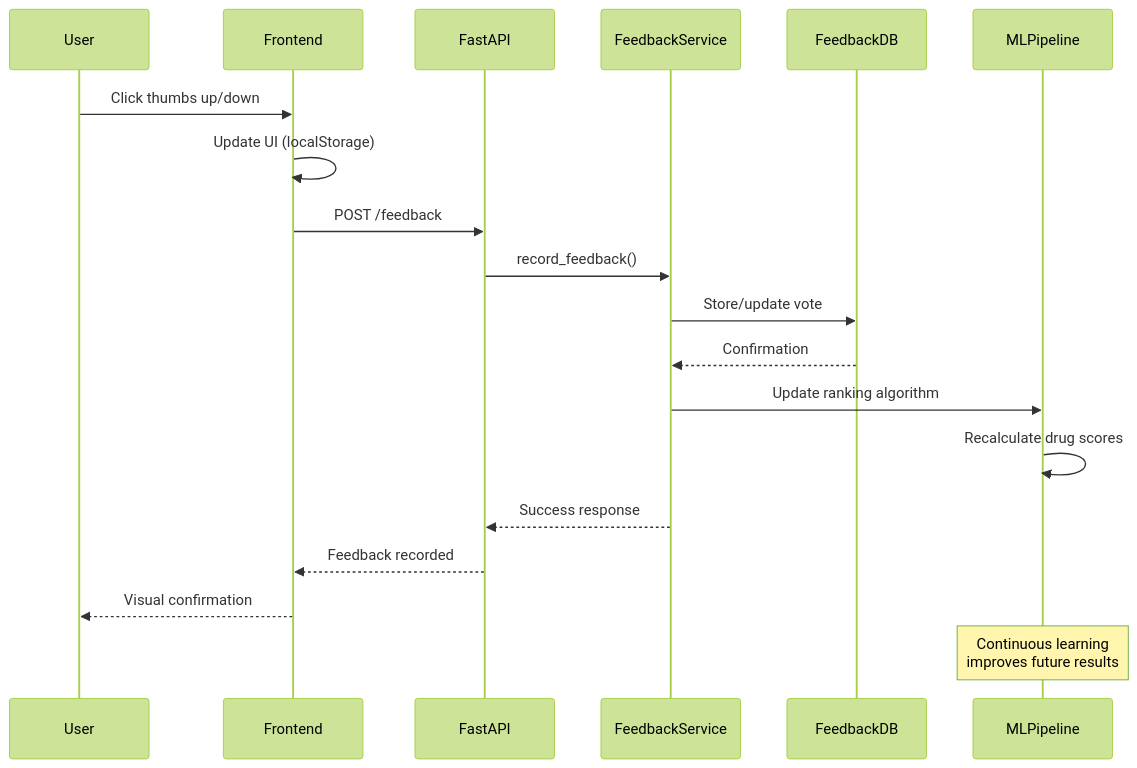
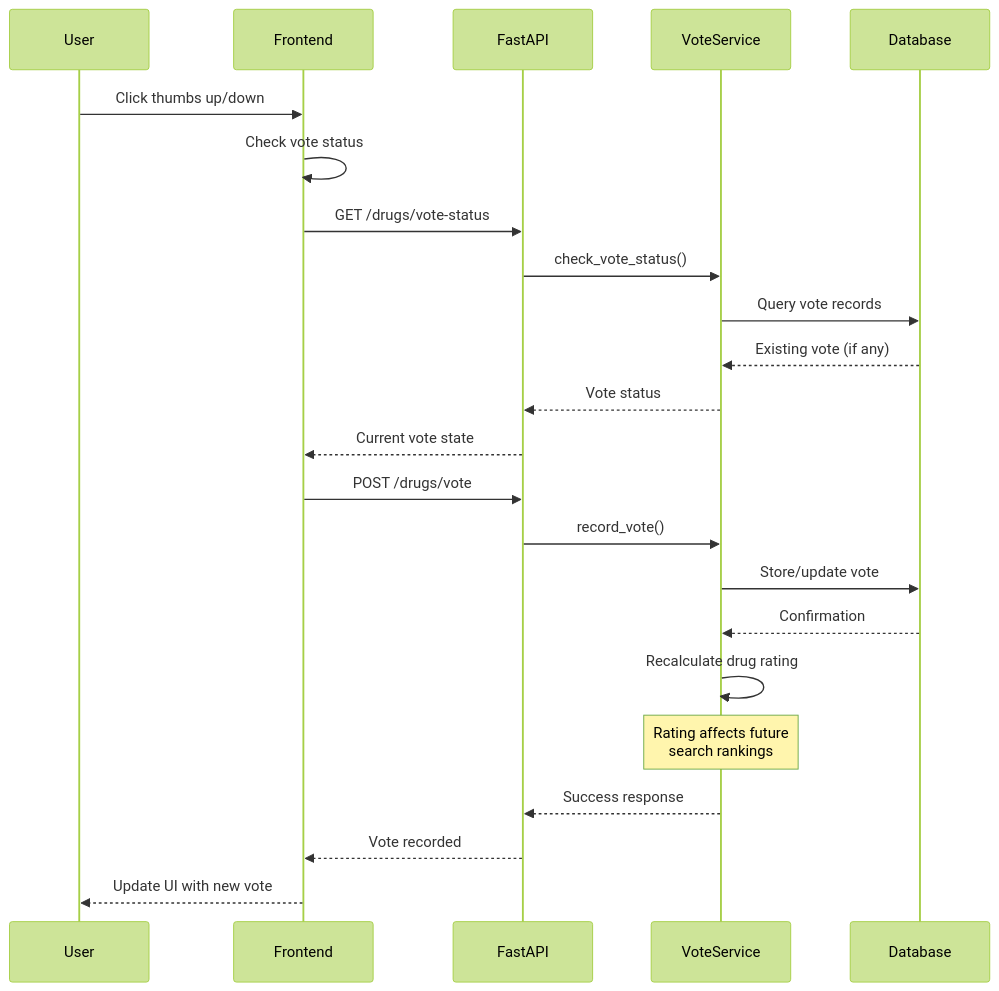
The fourth of 5 diagrams in ARCHITECTURE.md (Linesmerrill/RxVerify), drawn with Mermaid (forest theme) before and after one commit. The commit also changed other lines of this file and 11 other files, not shown here.

````diff
--- a/ARCHITECTURE.md
+++ b/ARCHITECTURE.md
@@ -199,26 +146,30 @@
 ```mermaid
 sequenceDiagram
     participant User
     participant Frontend
     participant FastAPI
-    participant FeedbackService
-    participant FeedbackDB
-    participant MLPipeline
+    participant VoteService
+    participant Database
     
     User->>Frontend: Click thumbs up/down
-    Frontend->>Frontend: Update UI (localStorage)
-    Frontend->>FastAPI: POST /feedback
-    FastAPI->>FeedbackService: record_feedback()
+    Frontend->>Frontend: Check vote status
+    Frontend->>FastAPI: GET /drugs/vote-status
+    FastAPI->>VoteService: check_vote_status()
+    VoteService->>Database: Query vote records
+    Database-->>VoteService: Existing vote (if any)
+    VoteService-->>FastAPI: Vote status
+    FastAPI-->>Frontend: Current vote state
     
-    FeedbackService->>FeedbackDB: Store/update vote
-    FeedbackDB-->>FeedbackService: Confirmation
+    Frontend->>FastAPI: POST /drugs/vote
+    FastAPI->>VoteService: record_vote()
     
-    FeedbackService->>MLPipeline: Update ranking algorithm
-    MLPipeline->>MLPipeline: Recalculate drug scores
+    VoteService->>Database: Store/update vote
+    Database-->>VoteService: Confirmation
     
-    FeedbackService-->>FastAPI: Success response
-    FastAPI-->>Frontend: Feedback recorded
-    Frontend-->>User: Visual confirmation
+    VoteService->>VoteService: Recalculate drug rating
+    Note over VoteService: Rating affects future<br/>search rankings
     
-    Note over MLPipeline: Continuous learning<br/>improves future results
+    VoteService-->>FastAPI: Success response
+    FastAPI-->>Frontend: Vote recorded
+    Frontend-->>User: Update UI with new vote
 ```
````
